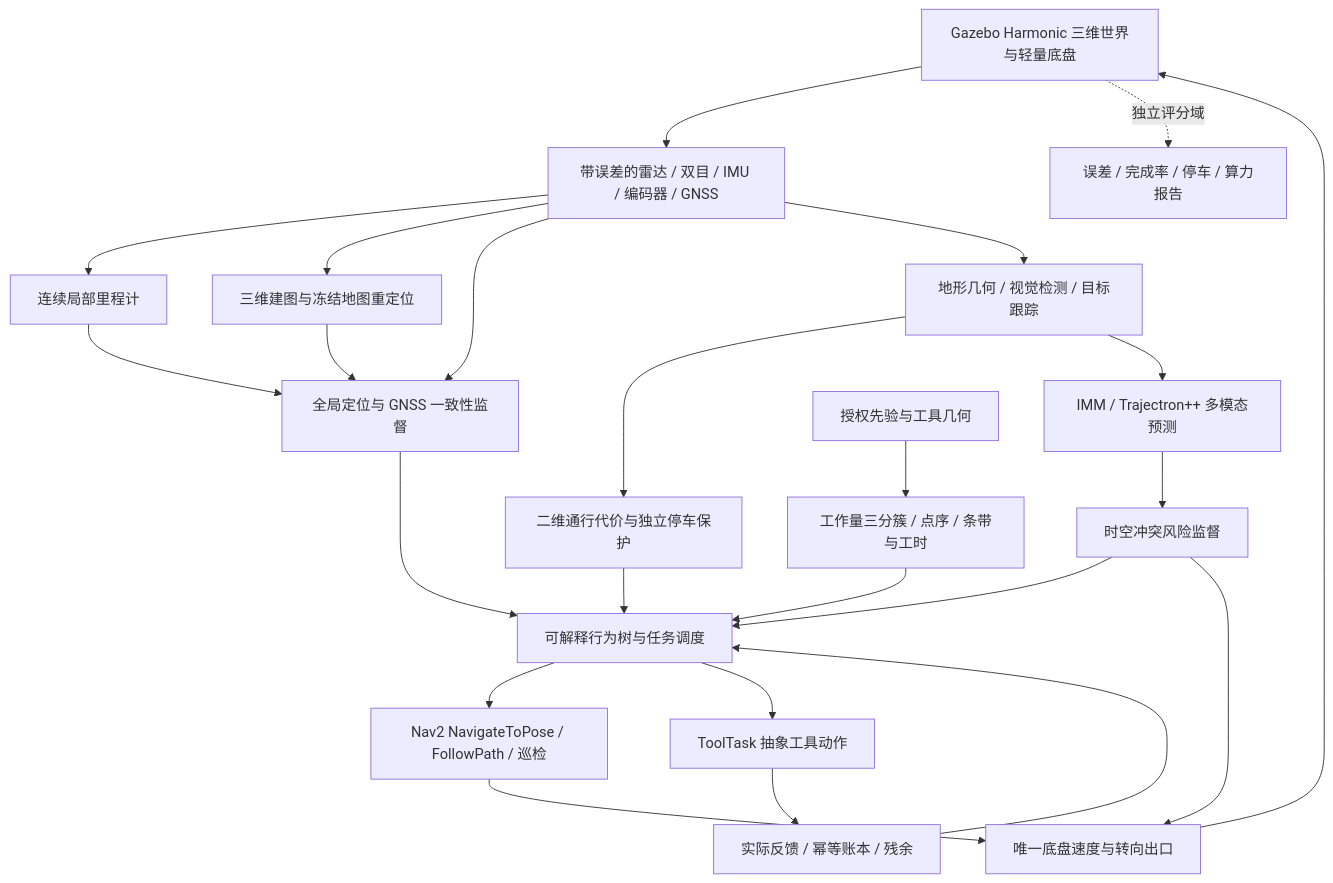
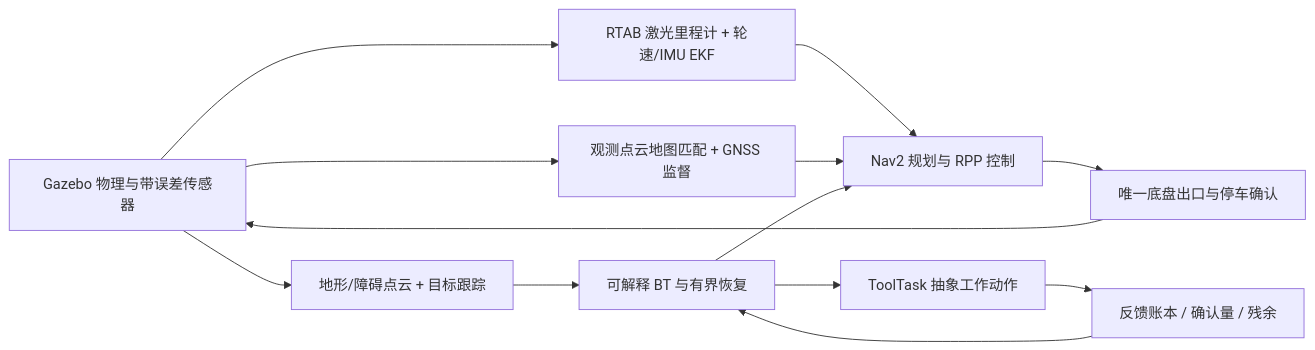
Before and after one commit to caihao1B/ROS2_BT-: the diagram in README.md, drawn with Mermaid. The commit also changed other lines of this file and 136 other files, not shown here.

````diff
--- a/README.md
+++ b/README.md
@@ -192,26 +21,15 @@
 ```mermaid
-flowchart TD
-  G[Gazebo Harmonic 三维世界与轻量底盘] --> S[带误差的雷达 / 双目 / IMU / 编码器 / GNSS]
-  S --> O[连续局部里程计]
-  S --> M[三维建图与冻结地图重定位]
-  O --> L[全局定位与 GNSS 一致性监督]
-  M --> L
-  S --> L
-  S --> P[地形几何 / 视觉检测 / 目标跟踪]
-  P --> C[二维通行代价与独立停车保护]
-  P --> F[IMM / Trajectron++ 多模态预测]
-  F --> R[时空冲突风险监督]
-  R --> T
-  R --> V
-  B[授权先验与工具几何] --> Q[工作量三分簇 / 点序 / 条带与工时]
-  Q --> T[可解释行为树与任务调度]
-  L --> T
-  C --> T
-  T --> N[Nav2 NavigateToPose / FollowPath / 巡检]
-  N --> V[唯一底盘速度与转向出口]
-  T --> A[ToolTask 抽象工具动作]
-  A --> K[实际反馈 / 幂等账本 / 残余]
-  K --> T
-  V --> G
-  G -. 独立评分域 .-> E[误差 / 完成率 / 停车 / 算力报告]
+flowchart LR
+  SIM[Gazebo 物理与带误差传感器] --> ODOM[RTAB 激光里程计 + 轮速/IMU EKF]
+  SIM --> MAP[观测点云地图匹配 + GNSS 监督]
+  SIM --> PER[地形/障碍点云 + 目标跟踪]
+  ODOM --> NAV[Nav2 规划与 RPP 控制]
+  MAP --> NAV
+  PER --> BT[可解释 BT 与有界恢复]
+  BT --> NAV
+  NAV --> GATE[唯一底盘出口与停车确认]
+  GATE --> SIM
+  BT --> TOOL[ToolTask 抽象工作动作]
+  TOOL --> LEDGER[反馈账本 / 确认量 / 残余]
+  LEDGER --> BT
 ```
````
